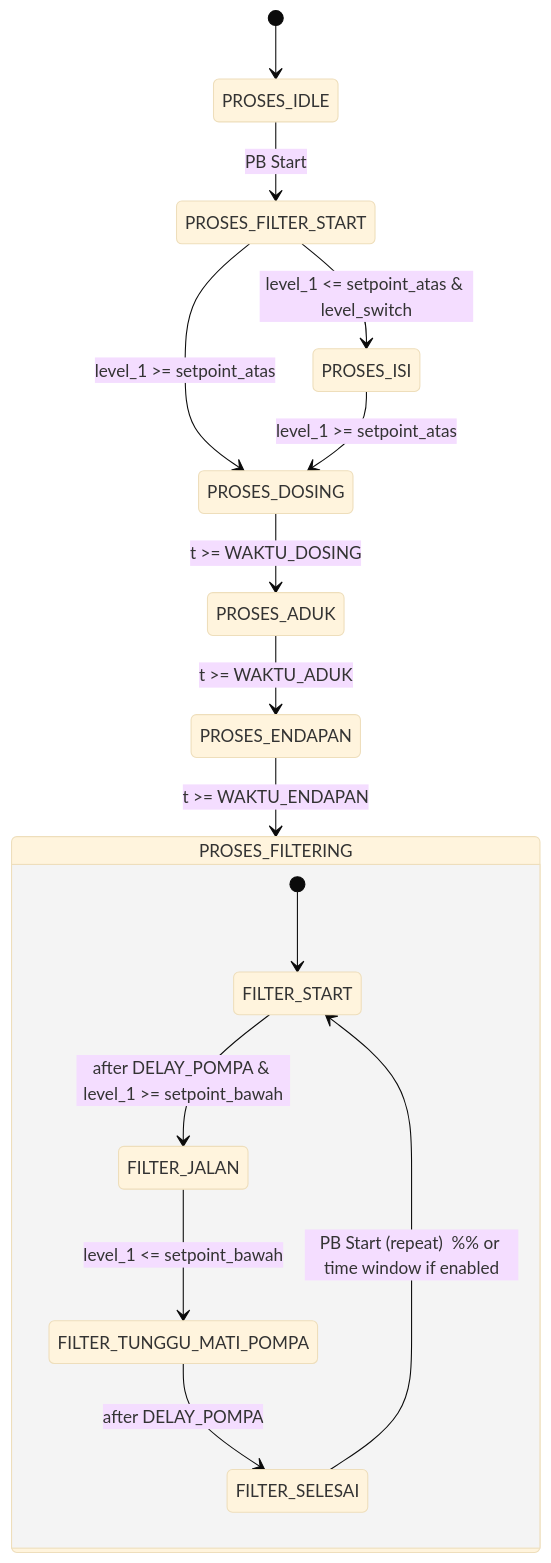
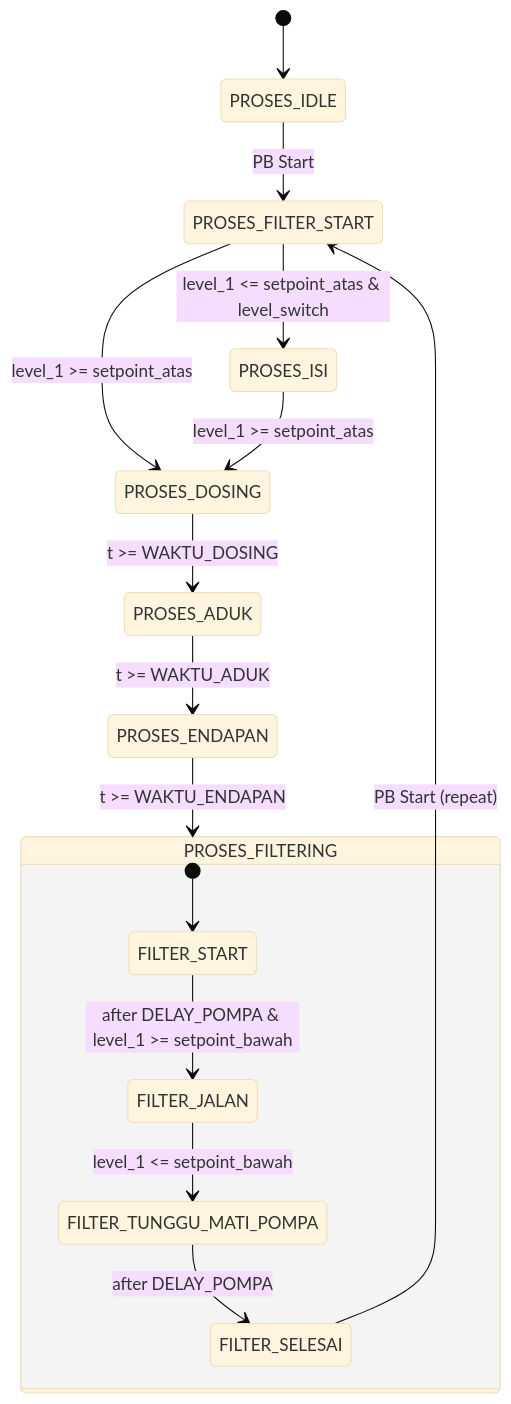
Before and after one commit to Kamalogis/MiniPlant: the second of 4 diagrams in Arduino_Mega/documentation.md, drawn with Mermaid (base theme). The commit also changed other lines of this file, not shown here.

````diff
--- a/Arduino_Mega/documentation.md
+++ b/Arduino_Mega/documentation.md
@@ -173,19 +173,19 @@
 ```mermaid
 stateDiagram-v2
     [*] --> PROSES_IDLE
     PROSES_IDLE --> PROSES_FILTER_START : PB Start
     PROSES_FILTER_START --> PROSES_ISI : level_1 <= setpoint_atas & level_switch
     PROSES_FILTER_START --> PROSES_DOSING : level_1 >= setpoint_atas
     PROSES_ISI --> PROSES_DOSING : level_1 >= setpoint_atas
     PROSES_DOSING --> PROSES_ADUK : t >= WAKTU_DOSING
     PROSES_ADUK --> PROSES_ENDAPAN : t >= WAKTU_ADUK
     PROSES_ENDAPAN --> PROSES_FILTERING : t >= WAKTU_ENDAPAN
 
     state PROSES_FILTERING {
         [*] --> FILTER_START
         FILTER_START --> FILTER_JALAN : after DELAY_POMPA & level_1 >= setpoint_bawah
         FILTER_JALAN --> FILTER_TUNGGU_MATI_POMPA : level_1 <= setpoint_bawah
         FILTER_TUNGGU_MATI_POMPA --> FILTER_SELESAI : after DELAY_POMPA
-        FILTER_SELESAI --> FILTER_START : PB Start (repeat)  %% or time window if enabled
     }
+    FILTER_SELESAI --> PROSES_FILTER_START : PB Start (repeat)
 ```
````
